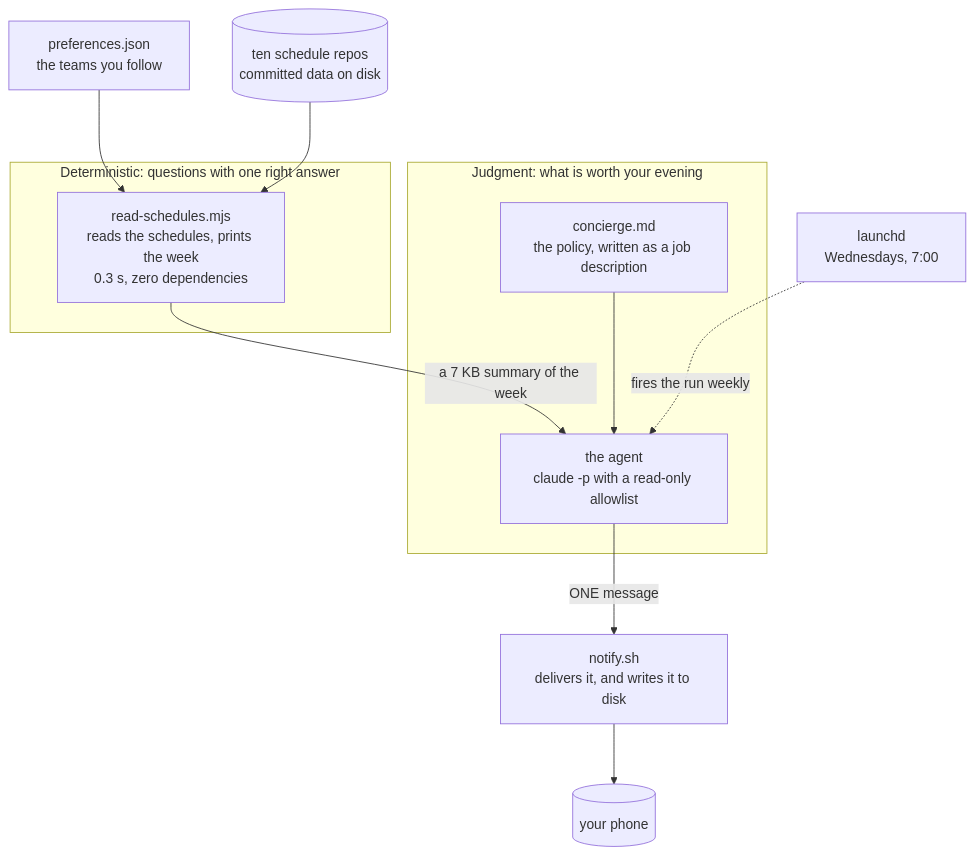
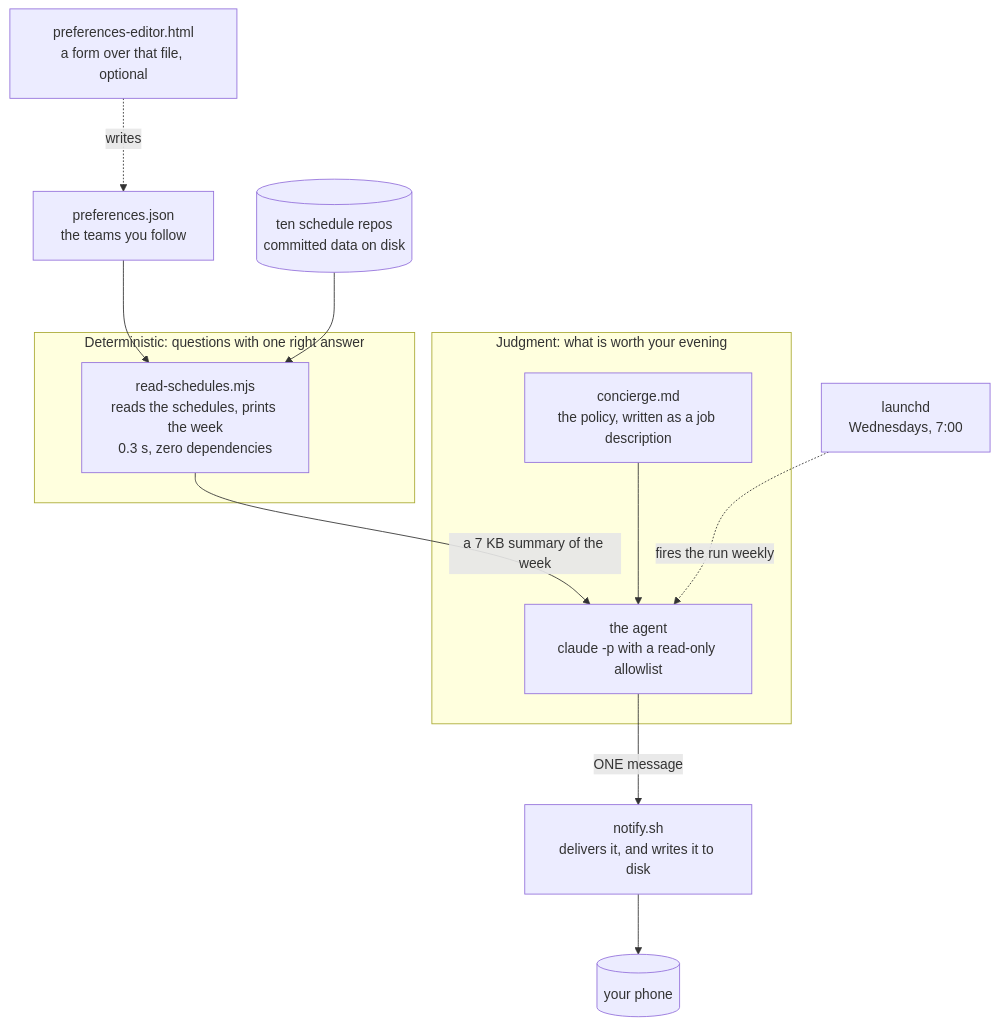
The diagram in README.md (ismayc/never-miss-a-game), drawn with Mermaid before and after one commit. The commit also changed other lines of this file and 5 other files, not shown here.

First line of the commit message:
Docs: the preferences form named wherever preferences.json is discussed

````diff
--- a/README.md
+++ b/README.md
@@ -9,16 +9,17 @@
 ```mermaid
 %%{init: {"flowchart": {"nodeSpacing": 50, "rankSpacing": 70, "padding": 16}}}%%
 flowchart TD
+    F["preferences-editor.html<br/>a form over that file, optional"] -. "writes" .-> P
     P["preferences.json<br/>the teams you follow"] --> T
     R[("ten schedule repos<br/>committed data on disk")] --> T
     subgraph det["Deterministic: questions with one right answer"]
         T["read-schedules.mjs<br/>reads the schedules, prints the week<br/>0.3 s, zero dependencies"]
     end
     T -- "a 7 KB summary of the week" --> A
     subgraph jud["Judgment: what is worth your evening"]
         M["concierge.md<br/>the policy, written as a job description"] --> A["the agent<br/>claude -p with a read-only allowlist"]
     end
     L["launchd<br/>Wednesdays, 7:00"] -. "fires the run weekly" .-> A
     A -- "ONE message" --> N["notify.sh<br/>delivers it, and writes it to disk"]
     N --> PH[("your phone")]
 ```
````
